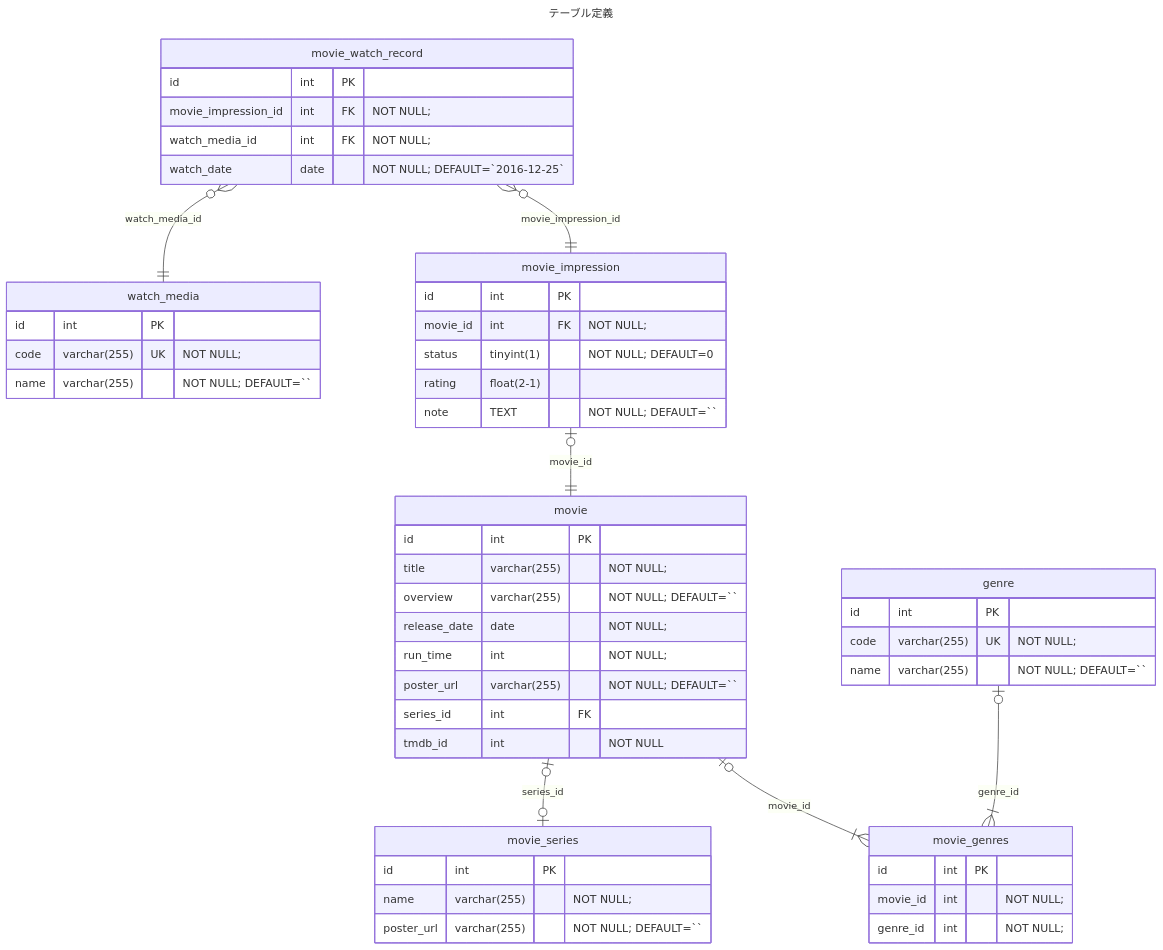
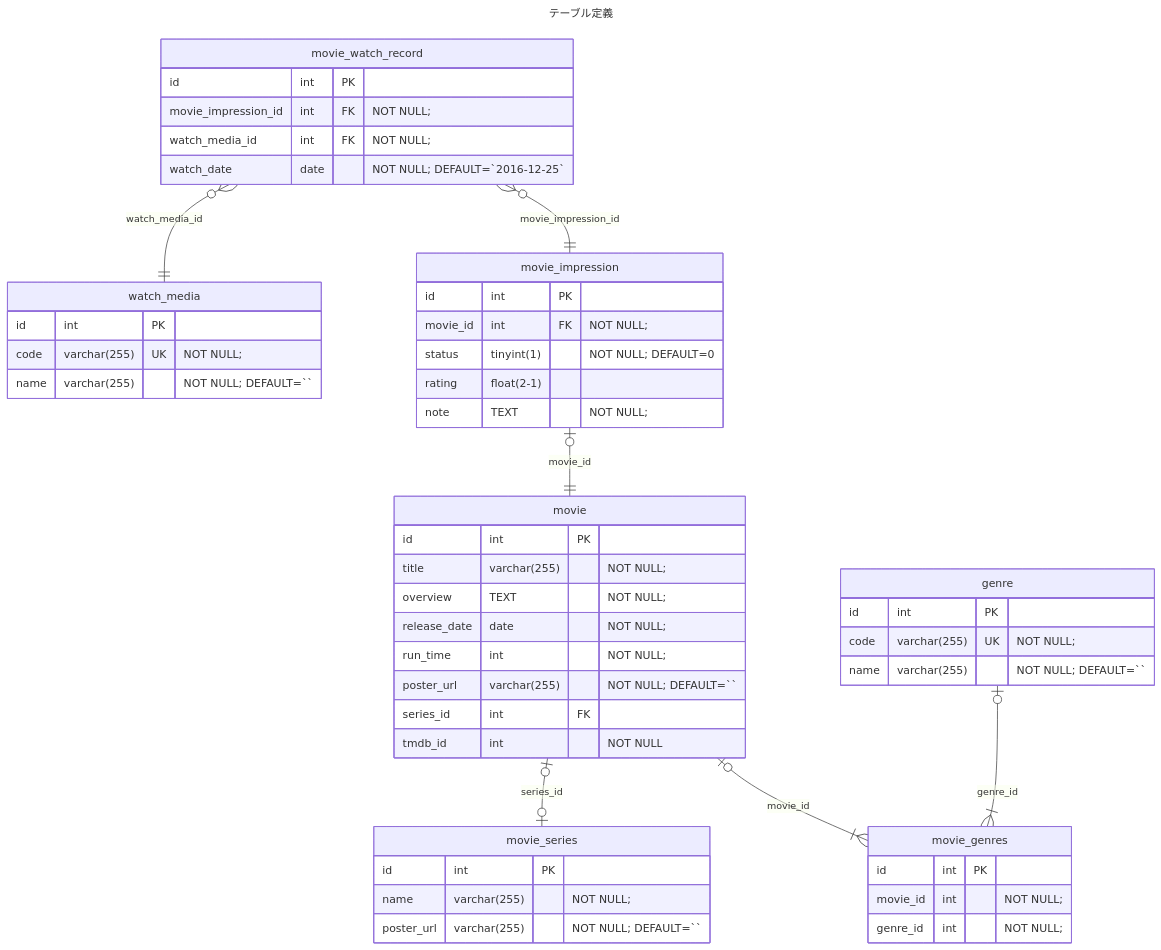
The diagram in docs/db_structure.md (takeYY/filmogophery), drawn with Mermaid before and after one commit. The commit also changed 1 other file, not shown here.

Commit message:
remove: default value from text field

````diff
--- a/docs/db_structure.md
+++ b/docs/db_structure.md
@@ -1,59 +1,59 @@
 ```mermaid
 ---
 title: テーブル定義
 ---
 
 erDiagram
     g[genre] {
         id   int          PK ""
         code varchar(255) UK "NOT NULL;"
         name varchar(255)    "NOT NULL; DEFAULT=``"
     }
     ms[movie_series] {
         id         int          PK ""
         name       varchar(255)    "NOT NULL;"
         poster_url varchar(255)    "NOT NULL; DEFAULT=``"
     }
     m[movie] {
         id           int          PK ""
         title        varchar(255)    "NOT NULL;"
-        overview     varchar(255)    "NOT NULL; DEFAULT=``"
+        overview     TEXT            "NOT NULL;"
         release_date date            "NOT NULL;"
         run_time     int             "NOT NULL;"
         poster_url   varchar(255)    "NOT NULL; DEFAULT=``"
         series_id    int          FK ""
         tmdb_id      int             "NOT NULL"
     }
     m o|--|o ms: series_id
 
     mg[movie_genres] {
         id       int PK ""
         movie_id int    "NOT NULL;"
         genre_id int    "NOT NULL;"
     }
     m o|--|{ mg: movie_id
     g o|--|{ mg: genre_id
 
     wm[watch_media] {
         id   int          PK ""
         code varchar(255) UK "NOT NULL;"
         name varchar(255)    "NOT NULL; DEFAULT=``"
     }
     mi[movie_impression] {
         id       int         PK ""
         movie_id int         FK "NOT NULL;"
         status   tinyint(1)     "NOT NULL; DEFAULT=0"
         rating   float(2-1)     ""
-        note     TEXT           "NOT NULL; DEFAULT=``"
+        note     TEXT           "NOT NULL;"
     }
     mi o|--|| m: movie_id
 
     mwr[movie_watch_record] {
         id                  int   PK ""
         movie_impression_id int   FK "NOT NULL;"
         watch_media_id      int   FK "NOT NULL;"
         watch_date          date     "NOT NULL; DEFAULT=`2016-12-25`"
     }
     mwr }o--|| mi: movie_impression_id
     mwr }o--|| wm: watch_media_id
 ```
````
